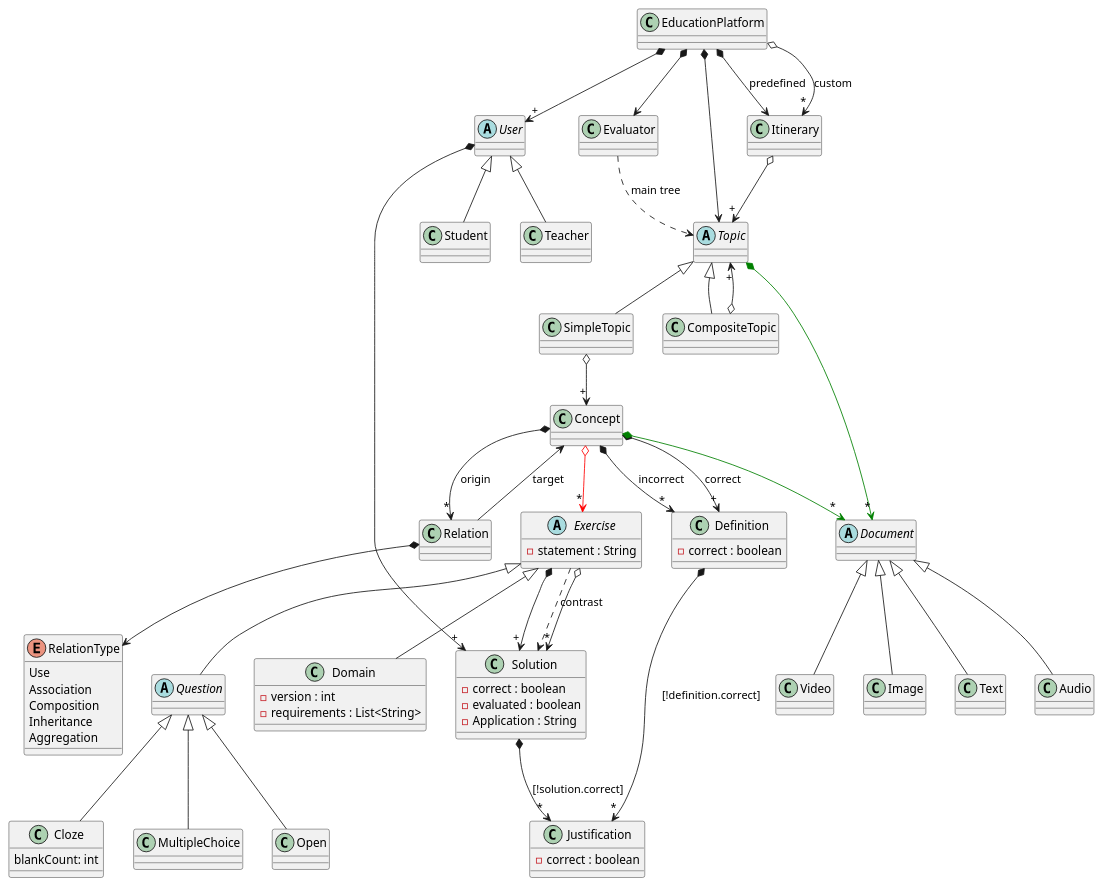
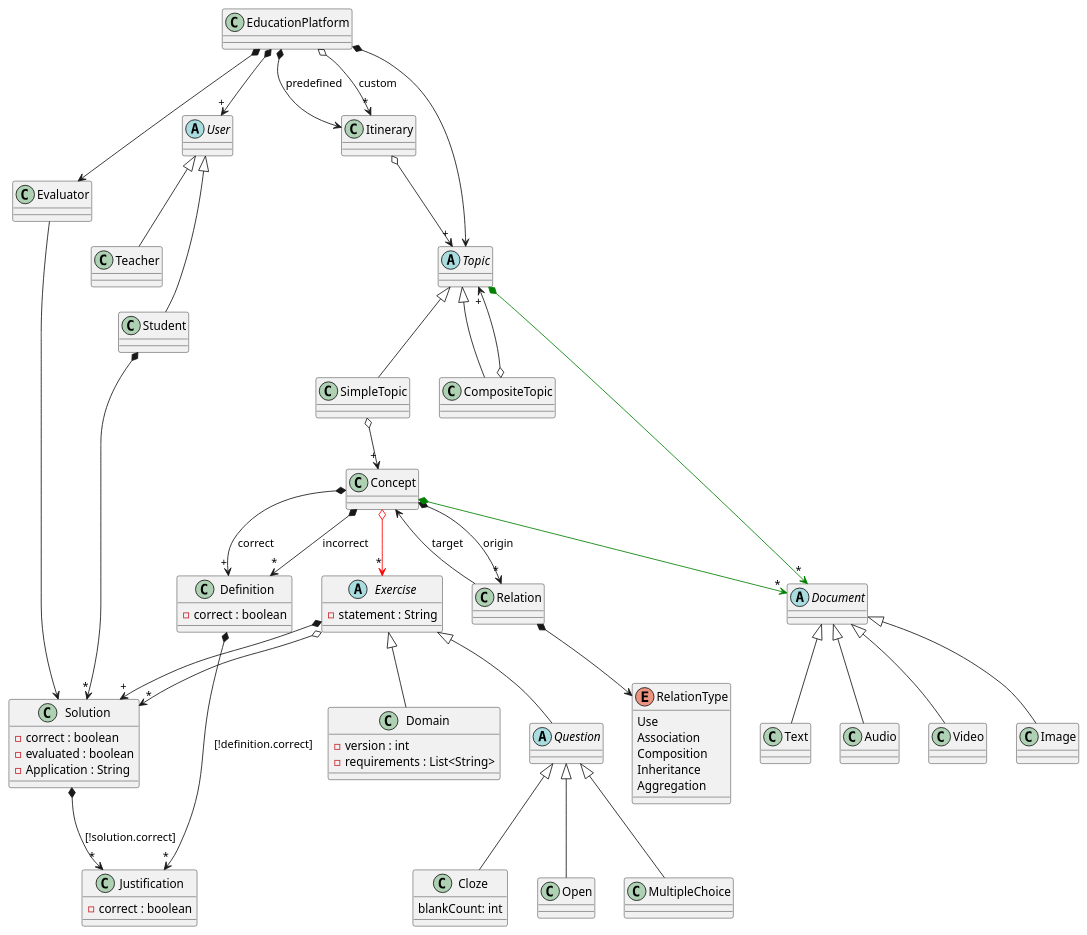
One commit to jumpering/lab-turing changed the diagram in Diagrams/EducationPlatform/Domain.puml. Above: the diagram before and after it, drawn with PlantUML. The commit also changed 1 other file, not shown here.

```diff
--- a/Diagrams/EducationPlatform/Domain.puml
+++ b/Diagrams/EducationPlatform/Domain.puml
@@ -1,120 +1,119 @@
 @startuml EducationPlatformDomain
 
 EducationPlatform *--> "+" User
 EducationPlatform *--> Topic
 EducationPlatform *--> Itinerary : predefined
 EducationPlatform o--> "*" Itinerary : custom
 EducationPlatform *--> Evaluator
 'EducationPlatform *--> ConceptGraph
 
 abstract User{
 }
 
 User <|-- Teacher
 User <|-- Student
-User *-->"+" Solution
+'User *-->"+" Solution
 
 class Teacher{
 }
 
 class Student{
 }
-'Student --> Evaluator
+Student *--> "*" Solution
 'Student --> Itinerary
 
 class Evaluator{
 }
-Evaluator ..> Topic : main tree
+Evaluator --> Solution
 
 class Itinerary {
 }
 Itinerary o--> "+" Topic
 
 class Definition {
     - correct : boolean
 }
 Definition *--> "*" Justification:[!definition.correct]
 
 class Justification {
     - correct : boolean
 }
 
 class Domain {
     - version : int
     - requirements : List<String>
 }
 
 abstract Exercise {
     - statement : String
 }
 Exercise <|-down- Domain
 Exercise <|-down- Question
 Exercise *-->"+" Solution
 Exercise o-->"*" Solution
-Exercise ..> Solution : contrast
 
 abstract Question{
 }
 Question <|-- MultipleChoice
 Question <|-- Cloze
 Question <|-- Open
 
 class Cloze{
     blankCount: int
 }
   
 class MultipleChoice{
 }
 
 class Solution{
     - correct : boolean
     - evaluated : boolean
     - Application : String
 }
 Solution *--> "*" Justification:[!solution.correct]
 
 abstract Topic{
 }
 Topic *-[#green]-> "*" Document
 Topic <|-- CompositeTopic
 Topic <|-- SimpleTopic
 
 class SimpleTopic{
 }
 SimpleTopic o--> "+" Concept
 
 class CompositeTopic{
 }
 CompositeTopic o--> "+" Topic
 
 abstract Document{}
 Document <|-- Audio
 Document <|-- Video
 Document <|-- Image
 Document <|-- Text
 
 'class ConceptGraph{
 '}
 'ConceptGraph o--> "+"Concept
 
 class Concept{
 }
 Concept *-down-> "+" Definition : correct
 Concept *-down-> "*" Definition : incorrect
 Concept *-down-> "*" Relation : origin
 Concept *-down[#green]-> "*" Document
 Concept o-down[#red]-> "*" Exercise
 
 class Relation {
 }
 Relation --> Concept : target
 Relation *-down-> RelationType
 
 enum RelationType {
     Use
     Association
     Composition
     Inheritance
     Aggregation
 } 
 @enduml
```
